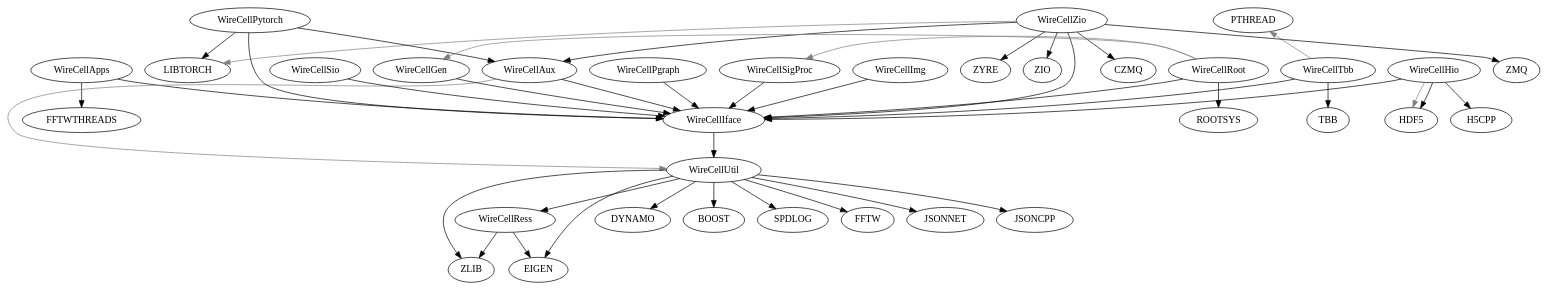
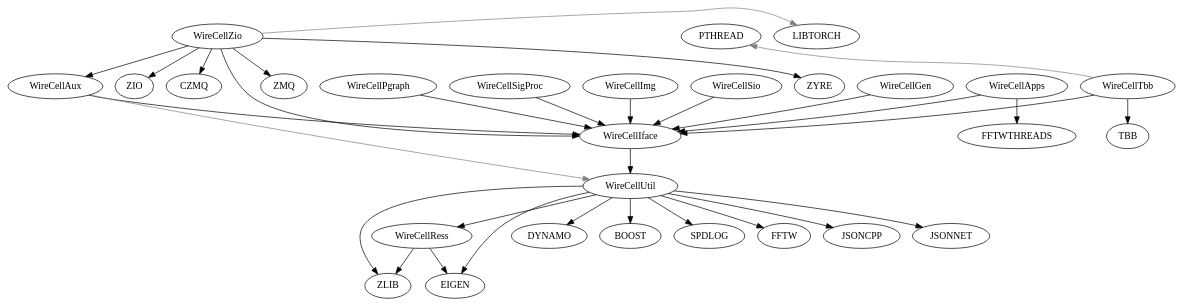
One commit to zhihuadong/wire-cell-toolkit changed the diagram in wct-deps.dot. Above: the diagram before and after it, drawn with Graphviz. The commit also changed 15 other files, not shown here.

```diff
--- a/wct-deps.dot
+++ b/wct-deps.dot
@@ -1,59 +1,45 @@
 digraph deps {
 	"WireCellPgraph";
 	"WireCellApps";
 	"WireCellSigProc";
 	"WireCellImg";
 	"WireCellAux";
 	"WireCellTbb";
 	"WireCellZio";
-	"WireCellPytorch";
 	"WireCellSio";
 	"WireCellRess";
 	"WireCellIface";
-	"WireCellRoot";
 	"WireCellGen";
-	"WireCellHio";
 	"WireCellUtil";
 	"WireCellApps" -> "FFTWTHREADS"[color="black"];
 	"WireCellZio" -> "LIBTORCH"[color="gray",constraint=false];
 	"WireCellRess" -> "ZLIB"[color="black"];
 	"WireCellUtil" -> "DYNAMO"[color="black"];
 	"WireCellAux" -> "WireCellIface"[color="black"];
-	"WireCellPytorch" -> "WireCellAux"[color="black"];
+	"WireCellUtil" -> "BOOST"[color="black"];
 	"WireCellUtil" -> "ZLIB"[color="black"];
-	"WireCellHio" -> "H5CPP"[color="black"];
 	"WireCellPgraph" -> "WireCellIface"[color="black"];
-	"WireCellHio" -> "HDF5"[color="gray",constraint=false];
-	"WireCellHio" -> "HDF5"[color="black"];
 	"WireCellAux" -> "WireCellUtil"[color="gray",constraint=false];
 	"WireCellZio" -> "WireCellIface"[color="black"];
 	"WireCellSigProc" -> "WireCellIface"[color="black"];
 	"WireCellTbb" -> "WireCellIface"[color="black"];
 	"WireCellGen" -> "WireCellIface"[color="black"];
 	"WireCellZio" -> "ZIO"[color="black"];
-	"WireCellUtil" -> "BOOST"[color="black"];
-	"WireCellRoot" -> "WireCellIface"[color="black"];
 	"WireCellImg" -> "WireCellIface"[color="black"];
 	"WireCellUtil" -> "EIGEN"[color="black"];
-	"WireCellRoot" -> "ROOTSYS"[color="black"];
 	"WireCellZio" -> "CZMQ"[color="black"];
 	"WireCellUtil" -> "WireCellRess"[color="black"];
-	"WireCellRoot" -> "WireCellSigProc"[color="gray",constraint=false];
 	"WireCellTbb" -> "PTHREAD"[color="gray",constraint=false];
 	"WireCellUtil" -> "SPDLOG"[color="black"];
-	"WireCellRoot" -> "WireCellGen"[color="gray",constraint=false];
 	"WireCellZio" -> "ZMQ"[color="black"];
 	"WireCellUtil" -> "FFTW"[color="black"];
-	"WireCellHio" -> "WireCellIface"[color="black"];
 	"WireCellSio" -> "WireCellIface"[color="black"];
-	"WireCellPytorch" -> "WireCellIface"[color="black"];
-	"WireCellPytorch" -> "LIBTORCH"[color="black"];
+	"WireCellUtil" -> "JSONCPP"[color="black"];
 	"WireCellUtil" -> "JSONNET"[color="black"];
 	"WireCellRess" -> "EIGEN"[color="black"];
 	"WireCellIface" -> "WireCellUtil"[color="black"];
 	"WireCellZio" -> "WireCellAux"[color="black"];
 	"WireCellTbb" -> "TBB"[color="black"];
 	"WireCellApps" -> "WireCellIface"[color="black"];
-	"WireCellUtil" -> "JSONCPP"[color="black"];
 	"WireCellZio" -> "ZYRE"[color="black"];
 }
```
